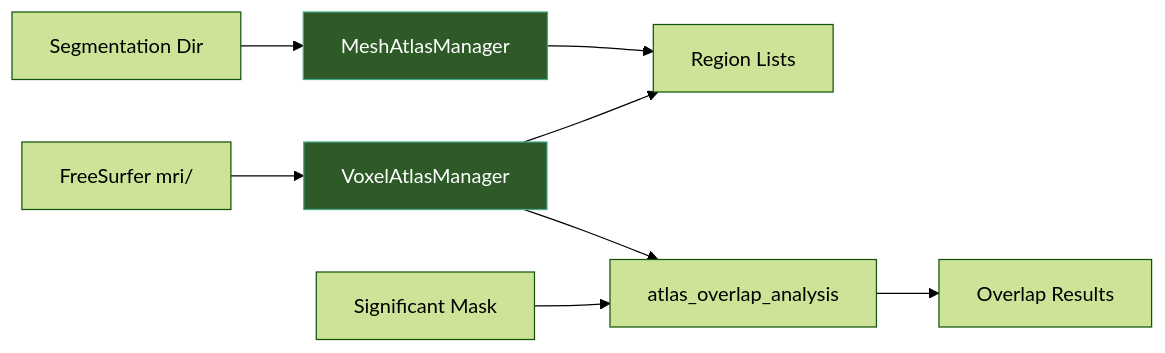
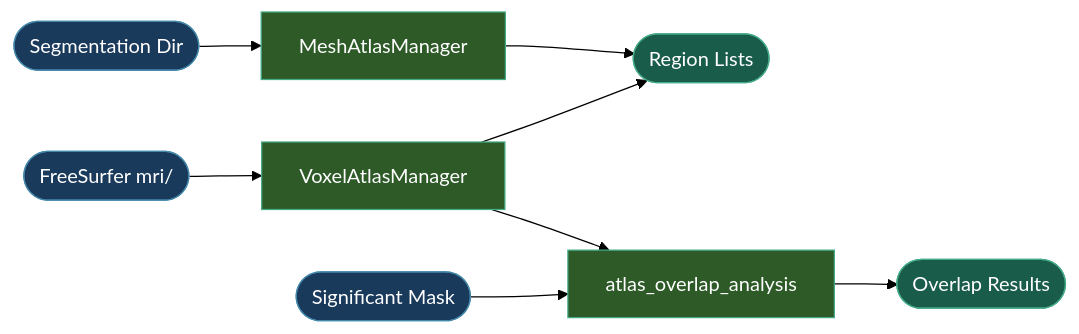
Before and after one commit to idossha/TI-Toolbox: the diagram in docs/api_mkdocs/docs/pipeline/atlas.md, drawn with Mermaid (forest theme). The commit also changed 9 other files, not shown here.

First line of the commit message:
docs: standardize mermaid diagram color scheme, shapes, and I/O logic (#86)

````diff
--- a/docs/api_mkdocs/docs/pipeline/atlas.md
+++ b/docs/api_mkdocs/docs/pipeline/atlas.md
@@ -5,12 +5,18 @@
 ```mermaid
 graph LR
-    SEG[Segmentation Dir] --> MESH[MeshAtlasManager]
-    FS[FreeSurfer mri/] --> VOXEL[VoxelAtlasManager]
-    MESH --> REGIONS[Region Lists]
+    SEG([Segmentation Dir]) --> MESH[MeshAtlasManager]
+    FS([FreeSurfer mri/]) --> VOXEL[VoxelAtlasManager]
+    MESH --> REGIONS([Region Lists])
     VOXEL --> REGIONS
-    SIG[Significant Mask] --> OVERLAP[atlas_overlap_analysis]
+    SIG([Significant Mask]) --> OVERLAP[atlas_overlap_analysis]
     VOXEL --> OVERLAP
-    OVERLAP --> RESULTS[Overlap Results]
+    OVERLAP --> RESULTS([Overlap Results])
+    style SEG fill:#1a3a5c,stroke:#48a,color:#fff
+    style FS fill:#1a3a5c,stroke:#48a,color:#fff
+    style SIG fill:#1a3a5c,stroke:#48a,color:#fff
     style MESH fill:#2d5a27,stroke:#4a8,color:#fff
     style VOXEL fill:#2d5a27,stroke:#4a8,color:#fff
+    style OVERLAP fill:#2d5a27,stroke:#4a8,color:#fff
+    style REGIONS fill:#1a5c4a,stroke:#4a8,color:#fff
+    style RESULTS fill:#1a5c4a,stroke:#4a8,color:#fff
 ```
````
